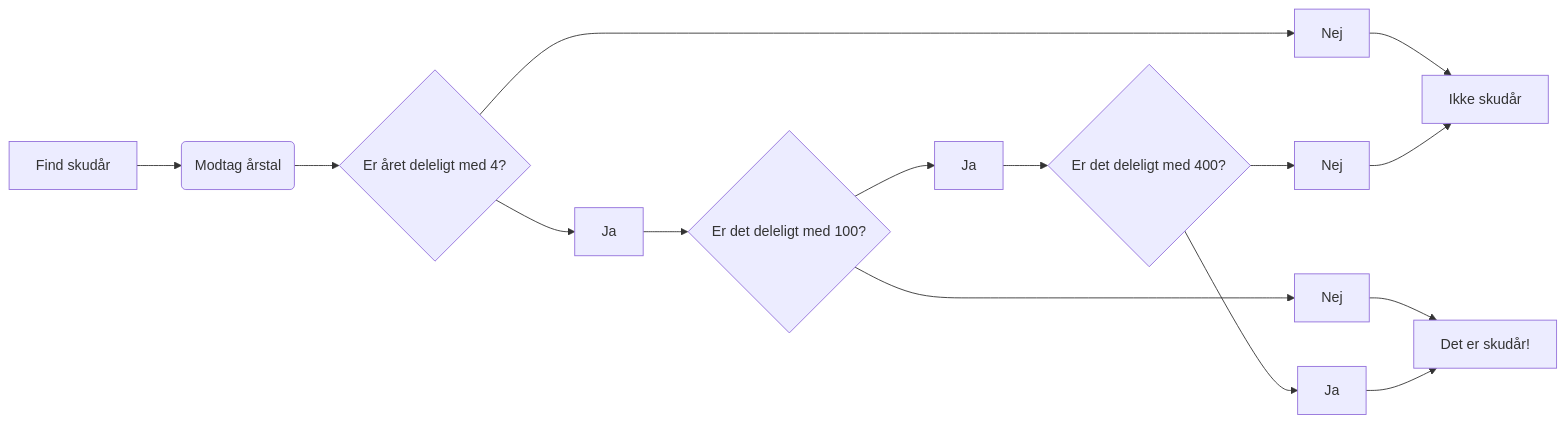
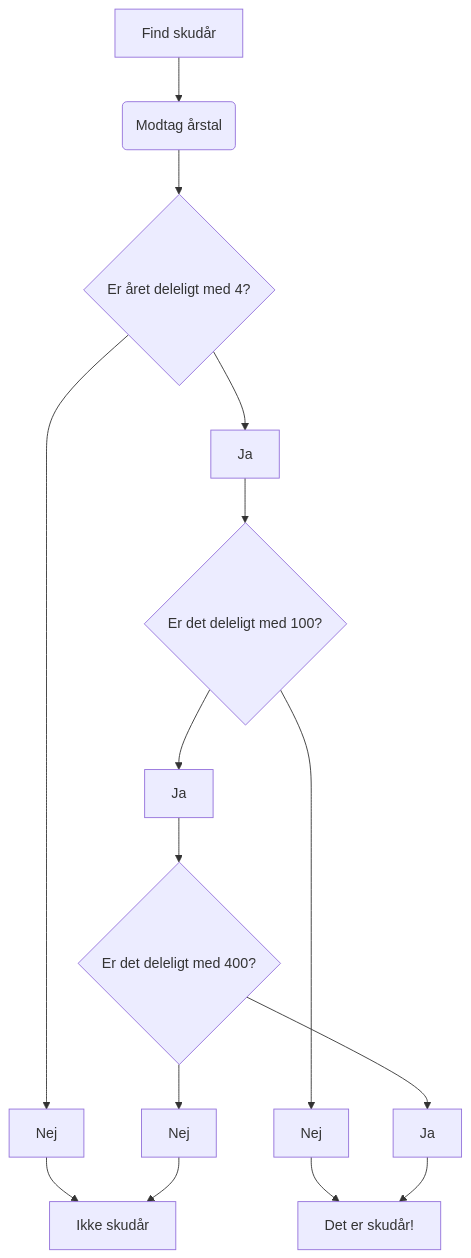
One commit to Thoroughbreed/H3-Embedded changed the diagram in README.md. Above: the diagram before and after it, drawn with Mermaid.

````diff
--- a/README.md
+++ b/README.md
@@ -28,18 +28,18 @@
 ```mermaid
-graph LR
+graph
 A[Find skudår]
 A --> B(Modtag årstal)
 B --> C{Er året deleligt med 4?}
 C --> D[Nej]
 D --> d[Ikke skudår]
 C --> E[Ja]
 E --> F{Er det deleligt med 100?}
 G --> g{Er det deleligt med 400?}
 F --> G[Ja]
 F --> H[Nej]
 H --> h[Det er skudår!]
 g --> I[Ja]
 I --> h
 g --> J[Nej]
 J --> d
 ```
````
